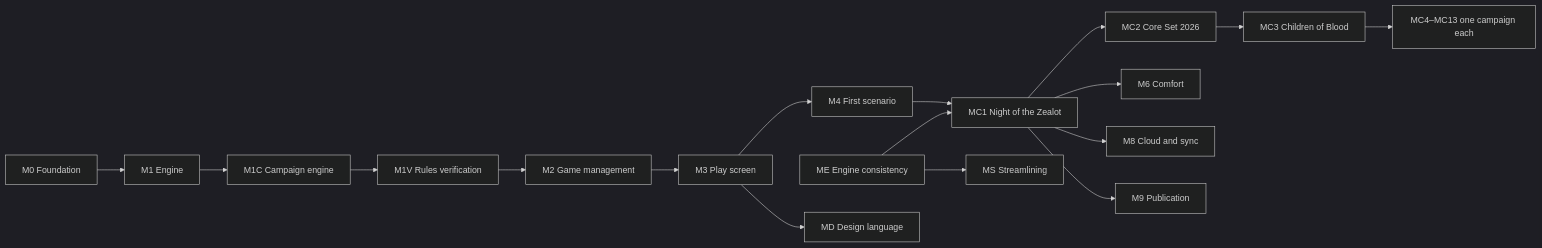
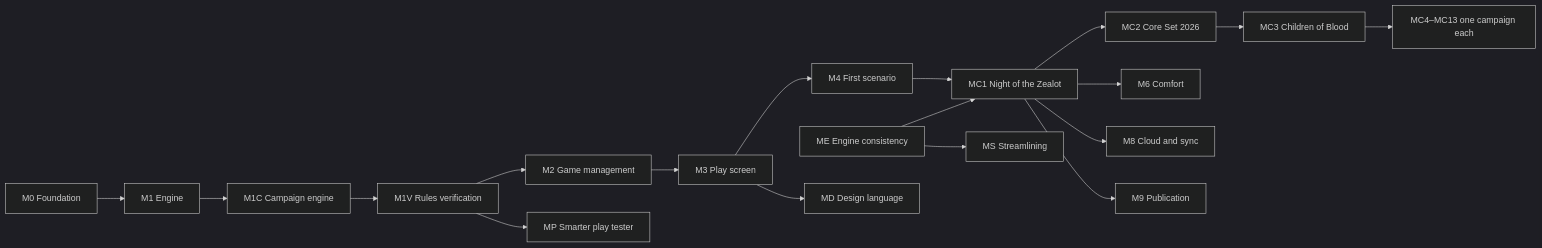
The diagram in docs/product.md (macandy13/arkham-companion), drawn with Mermaid (dark theme) before and after one commit. The commit also changed other lines of this file and 10 other files, not shown here.

First line of the commit message:
feat(play_tester): lookahead bot that tries each step ahead (MP.1)

````diff
--- a/docs/product.md
+++ b/docs/product.md
@@ -65,11 +65,12 @@
 ```mermaid
 flowchart LR
   M0[M0 Foundation] --> M1[M1 Engine] --> M1C[M1C Campaign engine] --> M1V[M1V Rules verification] --> M2[M2 Game management] --> M3[M3 Play screen] --> M4[M4 First scenario] --> MC1[MC1 Night of the Zealot]
   ME[ME Engine consistency] --> MC1
   MC1 --> MC2[MC2 Core Set 2026] --> MC3[MC3 Children of Blood] --> MCn[MC4–MC13 one campaign each]
   MC1 --> M6[M6 Comfort]
   MC1 --> M8[M8 Cloud and sync]
   MC1 --> M9[M9 Publication]
   M3 --> MD[MD Design language]
   ME --> MS[MS Streamlining]
+  M1V --> MP[MP Smarter play tester]
 ```
````
